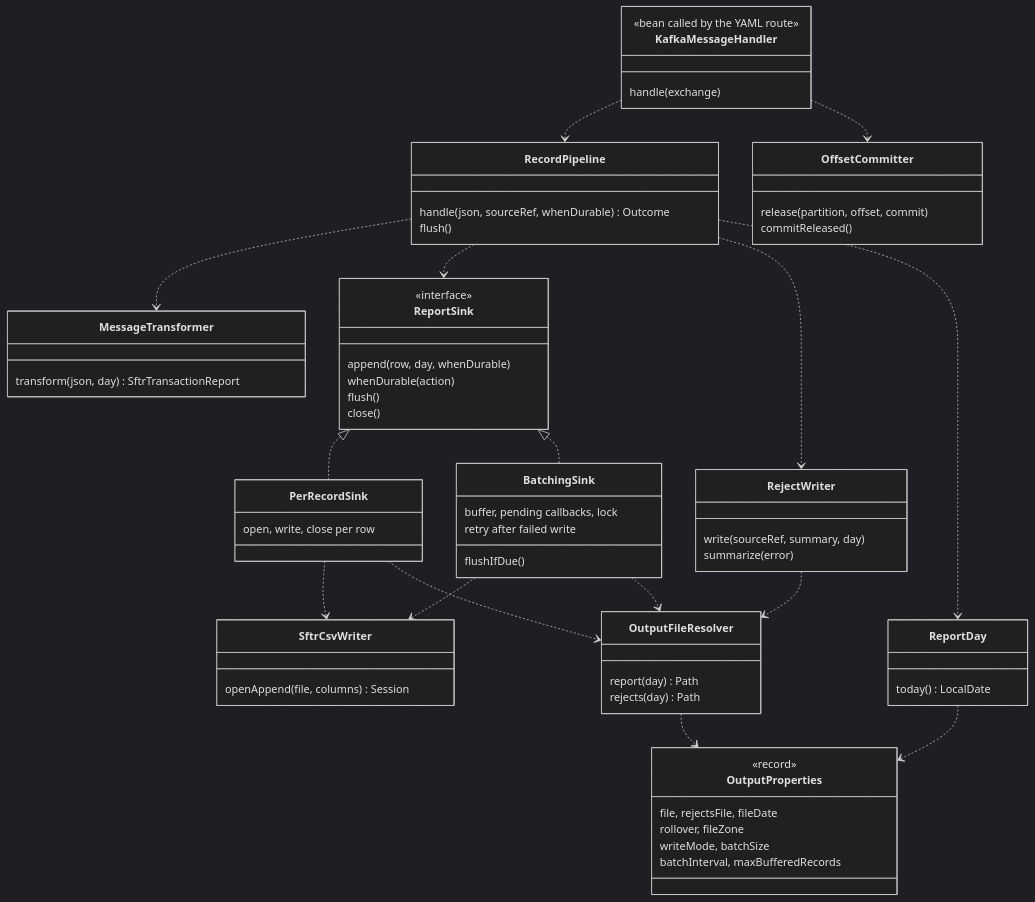
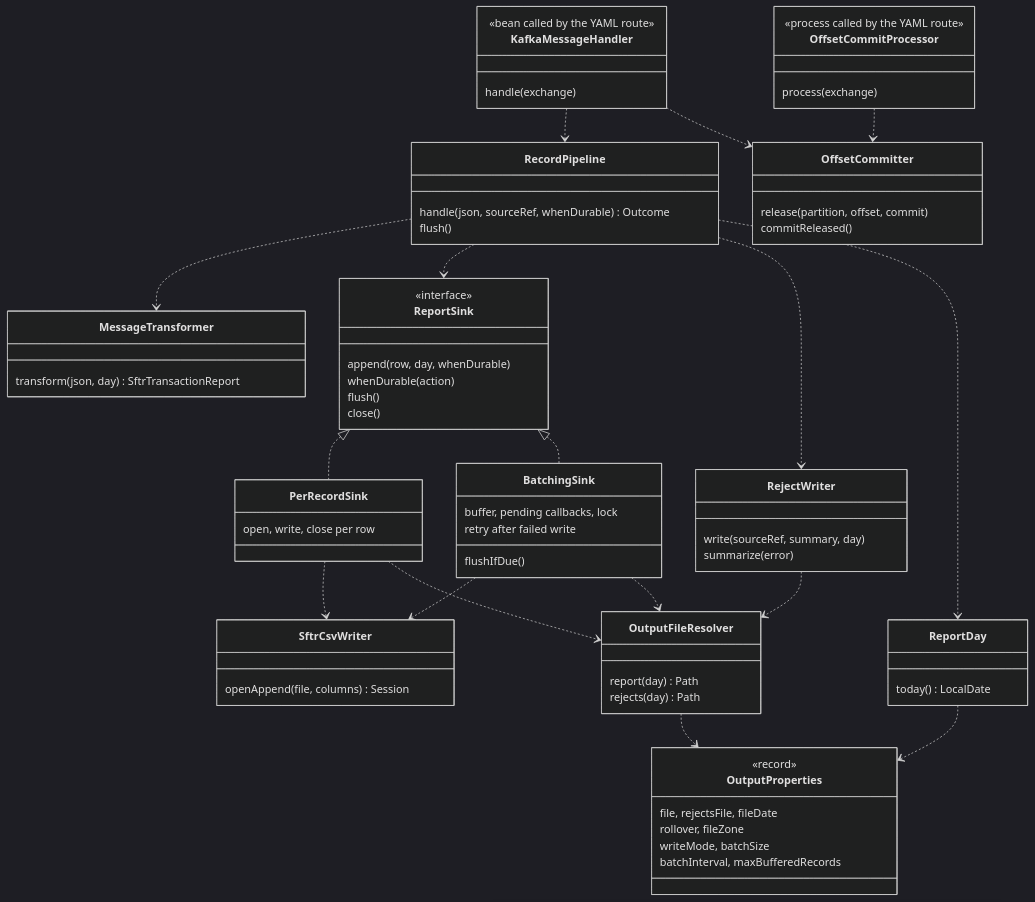
The fifth of 13 diagrams in docs/c4-architecture.md (shanregs/msg-transformer), drawn with Mermaid (dark theme) before and after one commit. The commit also changed other lines of this file and 3 other files, not shown here.

First line of the commit message:
Docs: refresh architecture, design and C4 for the YAML route, publisher and LOGIC type

````diff
--- a/docs/c4-architecture.md
+++ b/docs/c4-architecture.md
@@ -158,70 +174,75 @@
 ```mermaid
 classDiagram
     class RecordPipeline {
         handle(json, sourceRef, whenDurable) Outcome
         flush()
     }
     class MessageTransformer {
         transform(json, day) SftrTransactionReport
     }
     class ReportSink {
         <<interface>>
         append(row, day, whenDurable)
         whenDurable(action)
         flush()
         close()
     }
     class PerRecordSink {
         open, write, close per row
     }
     class BatchingSink {
         buffer, pending callbacks, lock
         flushIfDue()
         retry after failed write
     }
     class RejectWriter {
         write(sourceRef, summary, day)
         summarize(error)
     }
     class OutputFileResolver {
         report(day) Path
         rejects(day) Path
     }
     class ReportDay {
         today() LocalDate
     }
     class OutputProperties {
         <<record>>
         file, rejectsFile, fileDate
         rollover, fileZone
         writeMode, batchSize
         batchInterval, maxBufferedRecords
     }
     class OffsetCommitter {
         release(partition, offset, commit)
         commitReleased()
     }
     class KafkaMessageHandler {
         <<bean called by the YAML route>>
         handle(exchange)
     }
+    class OffsetCommitProcessor {
+        <<process called by the YAML route>>
+        process(exchange)
+    }
     class SftrCsvWriter {
         openAppend(file, columns) Session
     }
 
     ReportSink <|.. PerRecordSink
     ReportSink <|.. BatchingSink
     RecordPipeline ..> MessageTransformer
     RecordPipeline ..> ReportSink
     RecordPipeline ..> RejectWriter
     RecordPipeline ..> ReportDay
     PerRecordSink ..> SftrCsvWriter
     BatchingSink ..> SftrCsvWriter
     PerRecordSink ..> OutputFileResolver
     BatchingSink ..> OutputFileResolver
     RejectWriter ..> OutputFileResolver
     OutputFileResolver ..> OutputProperties
     ReportDay ..> OutputProperties
     KafkaMessageHandler ..> RecordPipeline
     KafkaMessageHandler ..> OffsetCommitter
+    OffsetCommitProcessor ..> OffsetCommitter
 ```
````
